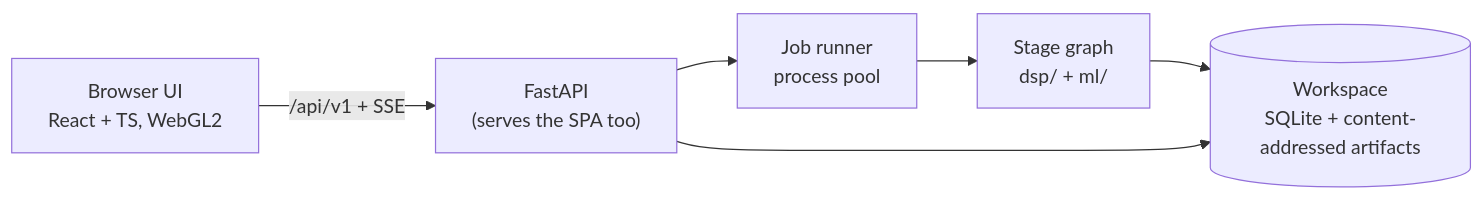
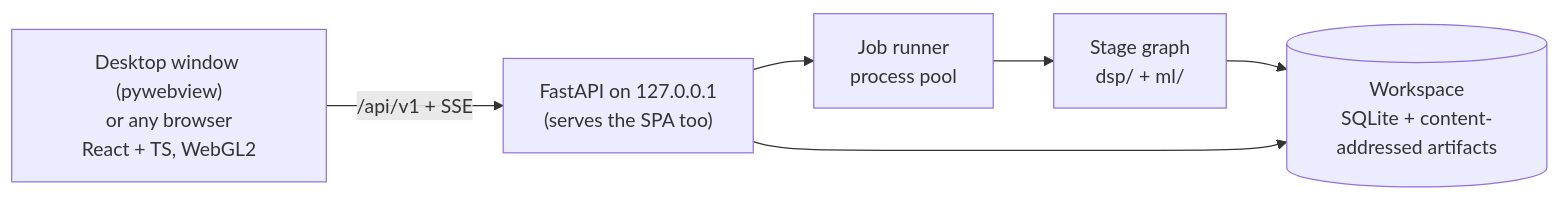
The diagram in docs/PLAN.md (ved-jadhav-10/iq-wav-analysis), drawn with Mermaid before and after one commit. The commit also changed other lines of this file and 6 other files, not shown here.

````diff
--- a/docs/PLAN.md
+++ b/docs/PLAN.md
@@ -107,8 +144,8 @@
 ```mermaid
 flowchart LR
-    UI["Browser UI<br/>React + TS, WebGL2"] -- "/api/v1 + SSE" --> API["FastAPI<br/>(serves the SPA too)"]
+    UI["Desktop window (pywebview)<br/>or any browser<br/>React + TS, WebGL2"] -- "/api/v1 + SSE" --> API["FastAPI on 127.0.0.1<br/>(serves the SPA too)"]
     API --> Jobs["Job runner<br/>process pool"]
     Jobs --> Graph["Stage graph<br/>dsp/ + ml/"]
     Graph --> Store[("Workspace<br/>SQLite + content-addressed artifacts")]
     API --> Store
 ```
````
